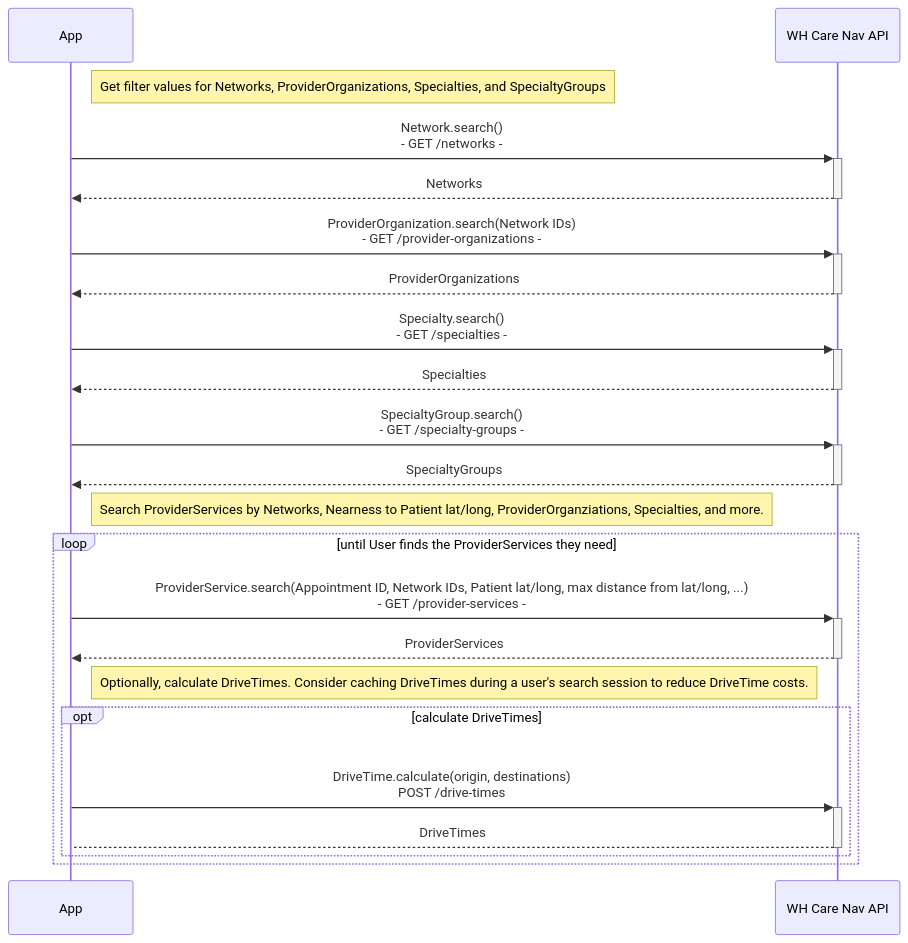
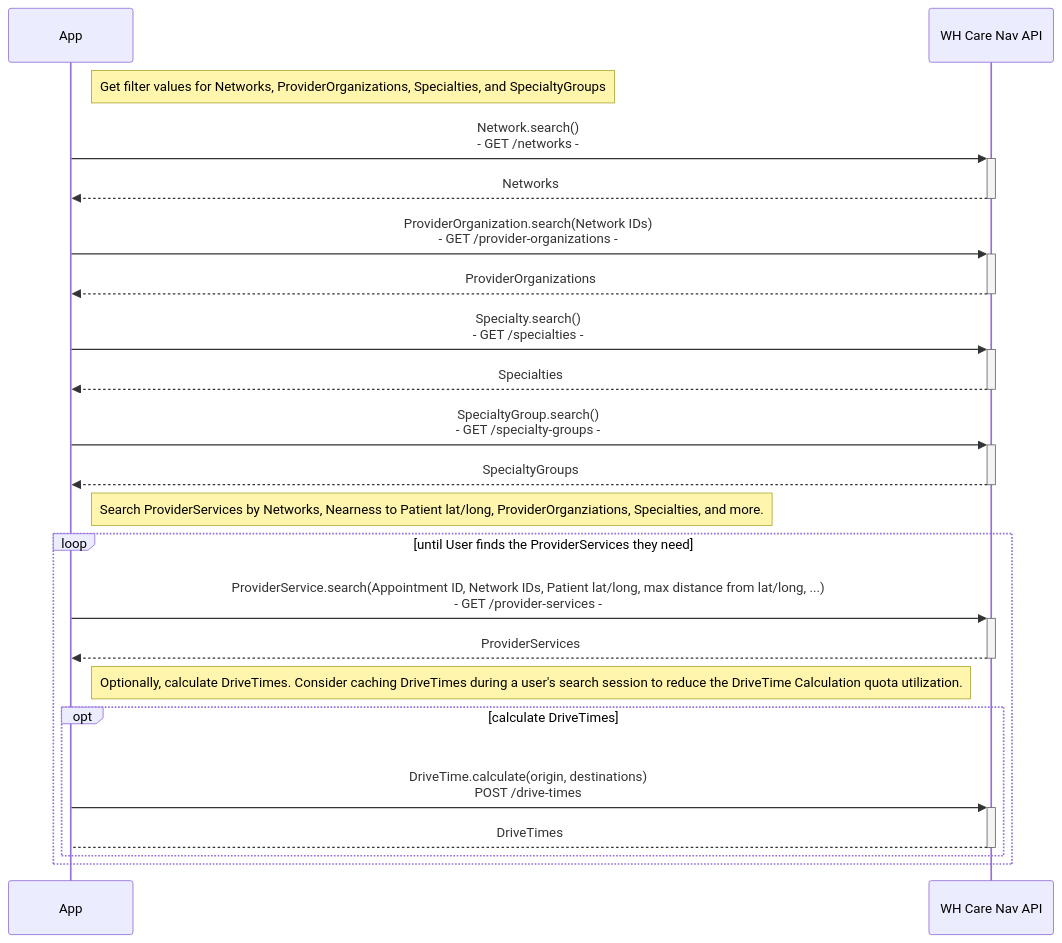
One commit to wellhive/api-docs changed the second of 6 diagrams in README.md. Above: the diagram before and after it, drawn with Mermaid. The commit also changed other lines of this file and 1 other file, not shown here.

````diff
--- a/README.md
+++ b/README.md
@@ -138,32 +138,32 @@
 ```mermaid
 sequenceDiagram
 
 participant c as App
 participant n as WH Care Nav API 
 
 Note right of c: Get filter values for Networks, ProviderOrganizations, Specialties, and SpecialtyGroups
 
 c->>+n: Network.search()<br>- GET /networks -
 n-->>-c: Networks
 
 c->>+n: ProviderOrganization.search(Network IDs)<br>- GET /provider-organizations -
 n-->>-c: ProviderOrganizations
 
 c->>+n: Specialty.search()<br>- GET /specialties -
 n-->>-c: Specialties
 
 c->>+n: SpecialtyGroup.search()<br>- GET /specialty-groups -
 n-->>-c: SpecialtyGroups
 
 Note right of c: Search ProviderServices by Networks, Nearness to Patient lat/long, ProviderOrganziations, Specialties, and more.
 loop until User finds the ProviderServices they need
 c->>+n: ProviderService.search(Appointment ID, Network IDs, Patient lat/long, max distance from lat/long, ...)<br>- GET /provider-services -
 n-->>-c: ProviderServices
 
-Note right of c: Optionally, calculate DriveTimes.  Consider caching DriveTimes during a user's search session to reduce DriveTime costs.
+Note right of c: Optionally, calculate DriveTimes.  Consider caching DriveTimes during a user's search session to reduce the DriveTime Calculation quota utilization.
 opt calculate DriveTimes
 c->>+n: <br>DriveTime.calculate(origin, destinations)<br>POST /drive-times
 n-->-c: DriveTimes
 end
 end
 ```
````
